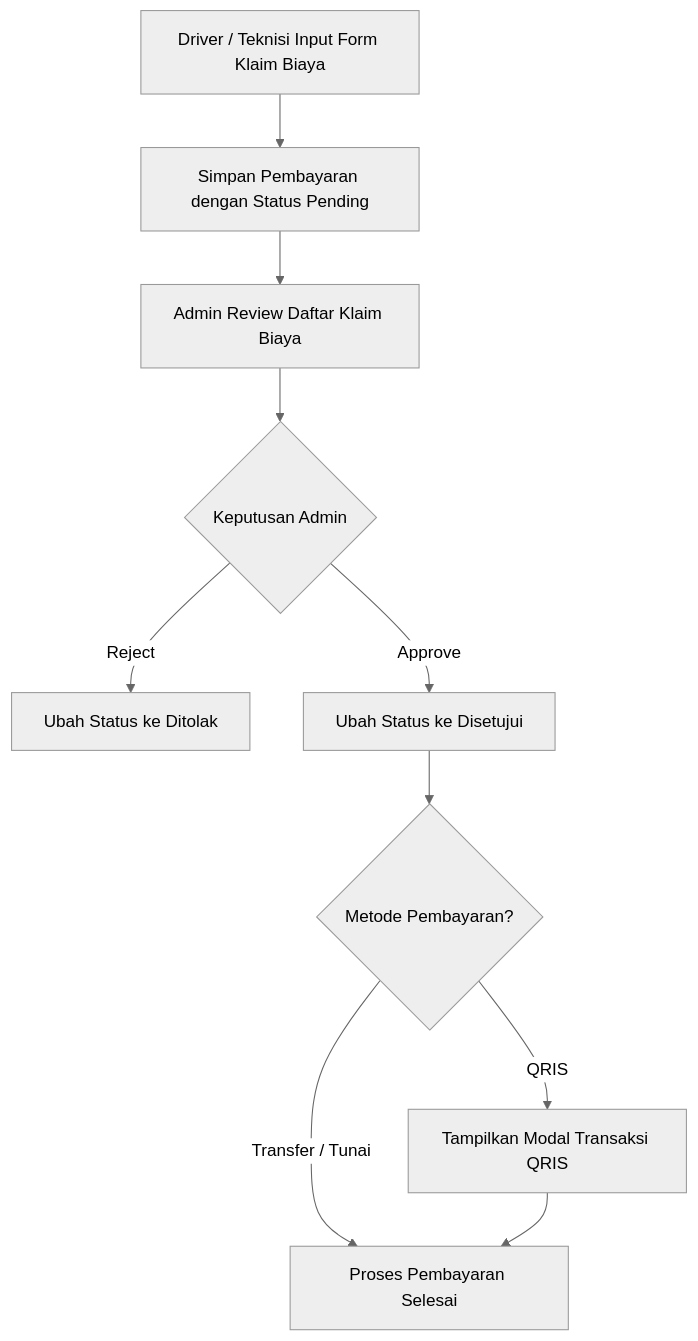
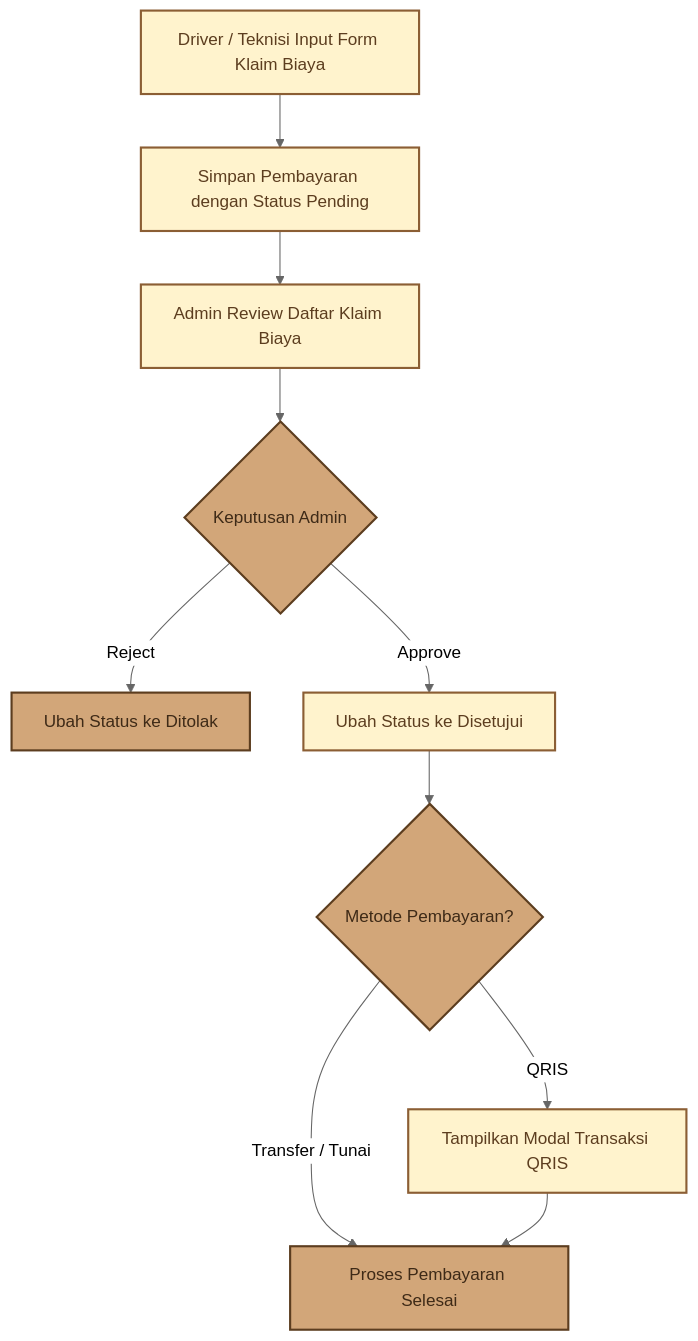
One commit to nazwasalsabila181718-droid/manajemen_perawatan changed the ninth of 13 diagrams in docs/DOKUMENTASI_MODULE_SISTEM.md. Above: the diagram before and after it, drawn with Mermaid (neutral theme). The commit also changed other lines of this file, not shown here.

Commit message:
style: tambahkan tema warna kuning-coklat pada diagram mermaid

````diff
--- a/docs/DOKUMENTASI_MODULE_SISTEM.md
+++ b/docs/DOKUMENTASI_MODULE_SISTEM.md
@@ -195,12 +243,18 @@
 ```mermaid
 flowchart TD
+    classDef default fill:#FFF3CD,stroke:#8B5E34,stroke-width:2px,color:#5C3D1F;
+    classDef highlight fill:#D2A679,stroke:#5C3D1F,stroke-width:2px,color:#3E2A17;
+
     A[Driver / Teknisi Input Form Klaim Biaya] --> B[Simpan Pembayaran dengan Status Pending]
     B --> C[Admin Review Daftar Klaim Biaya]
     C --> D{Keputusan Admin}
     D -- Reject --> E[Ubah Status ke Ditolak]
     D -- Approve --> F[Ubah Status ke Disetujui]
     F --> G{Metode Pembayaran?}
     G -- QRIS --> H[Tampilkan Modal Transaksi QRIS]
     G -- Transfer / Tunai --> I[Proses Pembayaran Selesai]
     H --> I
+
+    class A,B,C,F,H default;
+    class D,E,G,I highlight;
 ```
````
